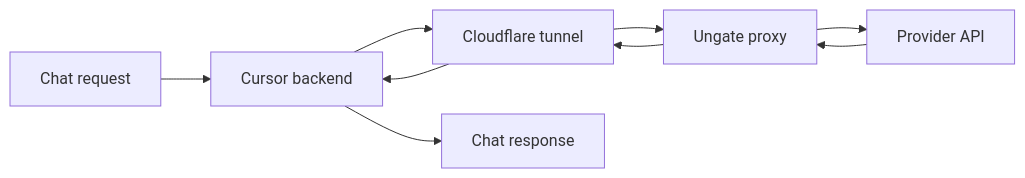
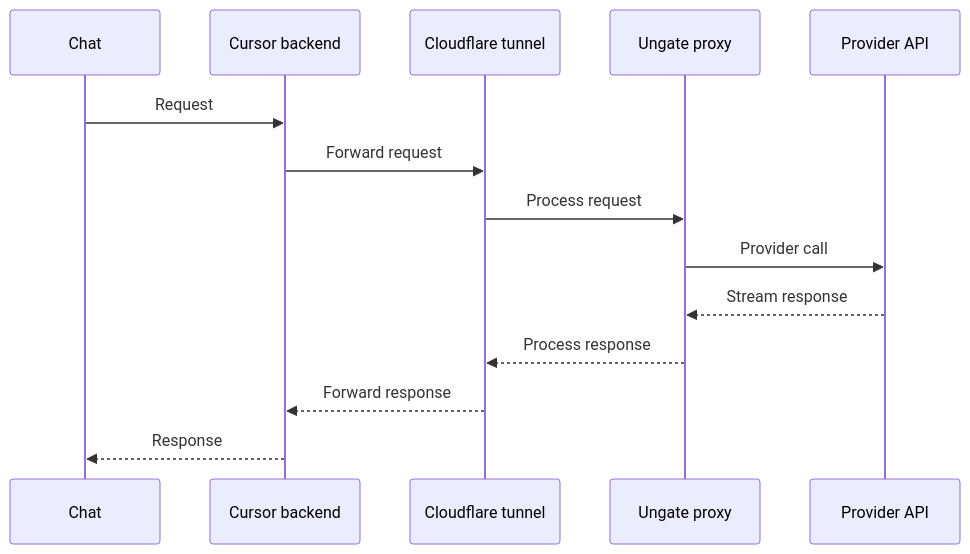
The diagram in README.md (orchidfiles/ungate), drawn with Mermaid before and after one commit.

Commit message:
docs(readme): clarify architecture request-response flow

````diff
--- a/README.md
+++ b/README.md
@@ -29,11 +29,18 @@
 ```mermaid
-graph LR
-  A[Chat request] --> B[Cursor backend]
-  B --> C[Cloudflare tunnel]
-  C --> D[Ungate proxy]
-  D --> E[Provider API]
-  E --> D
-  D --> C
-  C --> B
-  B --> F[Chat response]
+sequenceDiagram
+  participant U as Chat
+  participant B as Cursor backend
+  participant C as Cloudflare tunnel
+  participant D as Ungate proxy
+  participant P as Provider API
+
+  U->>B: Request
+  B->>C: Forward request
+  C->>D: Process request
+  D->>P: Provider call
+
+  P-->>D: Stream response
+  D-->>C: Process response
+  C-->>B: Forward response
+  B-->>U: Response
 ```
````
